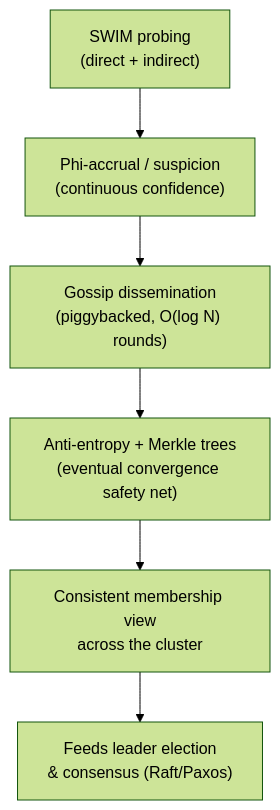
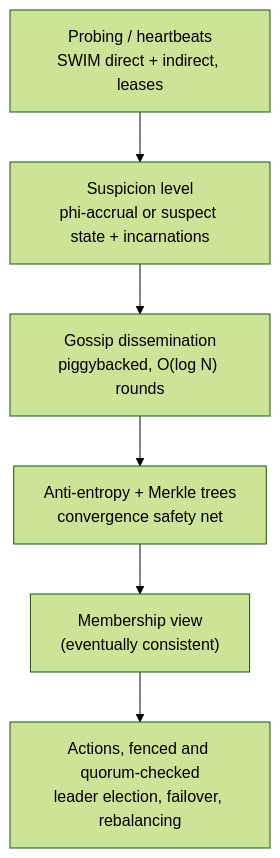
The seventh of 7 diagrams in github-pages/docs/distributed-systems/failure-detection.md (AndrewAltimit/Documentation), drawn with Mermaid (forest theme) before and after one commit. The commit also changed other lines of this file and 240 other files, not shown here.

````diff
--- a/github-pages/docs/distributed-systems/failure-detection.md
+++ b/github-pages/docs/distributed-systems/failure-detection.md
@@ -559,8 +484,8 @@
 ```mermaid
 flowchart TD
-    Probe["SWIM probing<br/>(direct + indirect)"] --> Phi["Phi-accrual / suspicion<br/>(continuous confidence)"]
-    Phi --> Diss["Gossip dissemination<br/>(piggybacked, O(log N) rounds)"]
-    Diss --> AE["Anti-entropy + Merkle trees<br/>(eventual convergence safety net)"]
-    AE --> View["Consistent membership view<br/>across the cluster"]
-    View --> Consensus["Feeds leader election<br/>& consensus (Raft/Paxos)"]
+    Probe["Probing / heartbeats<br/>SWIM direct + indirect, leases"] --> Conf["Suspicion level<br/>phi-accrual or suspect state + incarnations"]
+    Conf --> Diss["Gossip dissemination<br/>piggybacked, O(log N) rounds"]
+    Diss --> AE["Anti-entropy + Merkle trees<br/>convergence safety net"]
+    AE --> View["Membership view<br/>(eventually consistent)"]
+    View --> Act["Actions, fenced and quorum-checked<br/>leader election, failover, rebalancing"]
 ```
````
